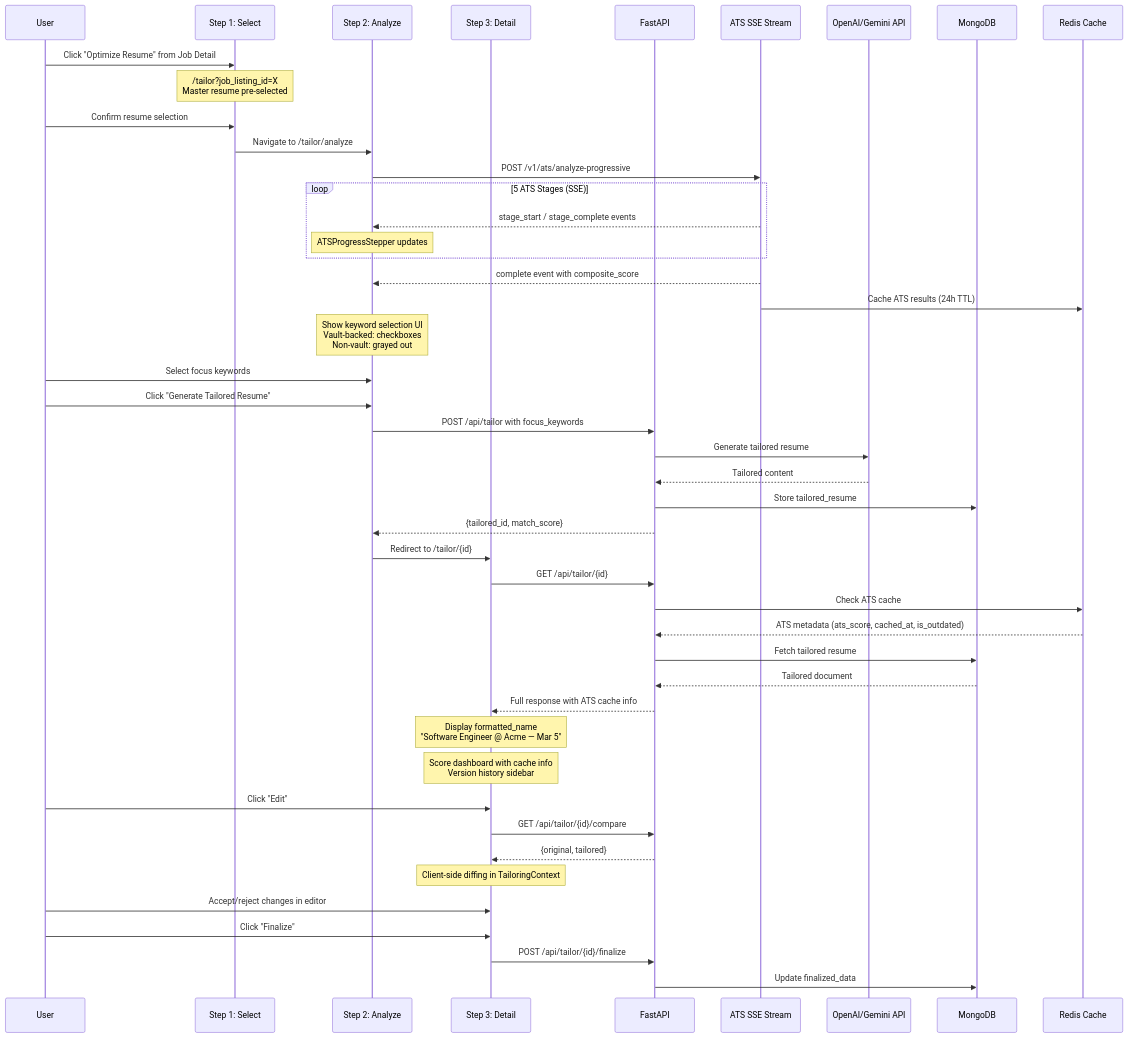
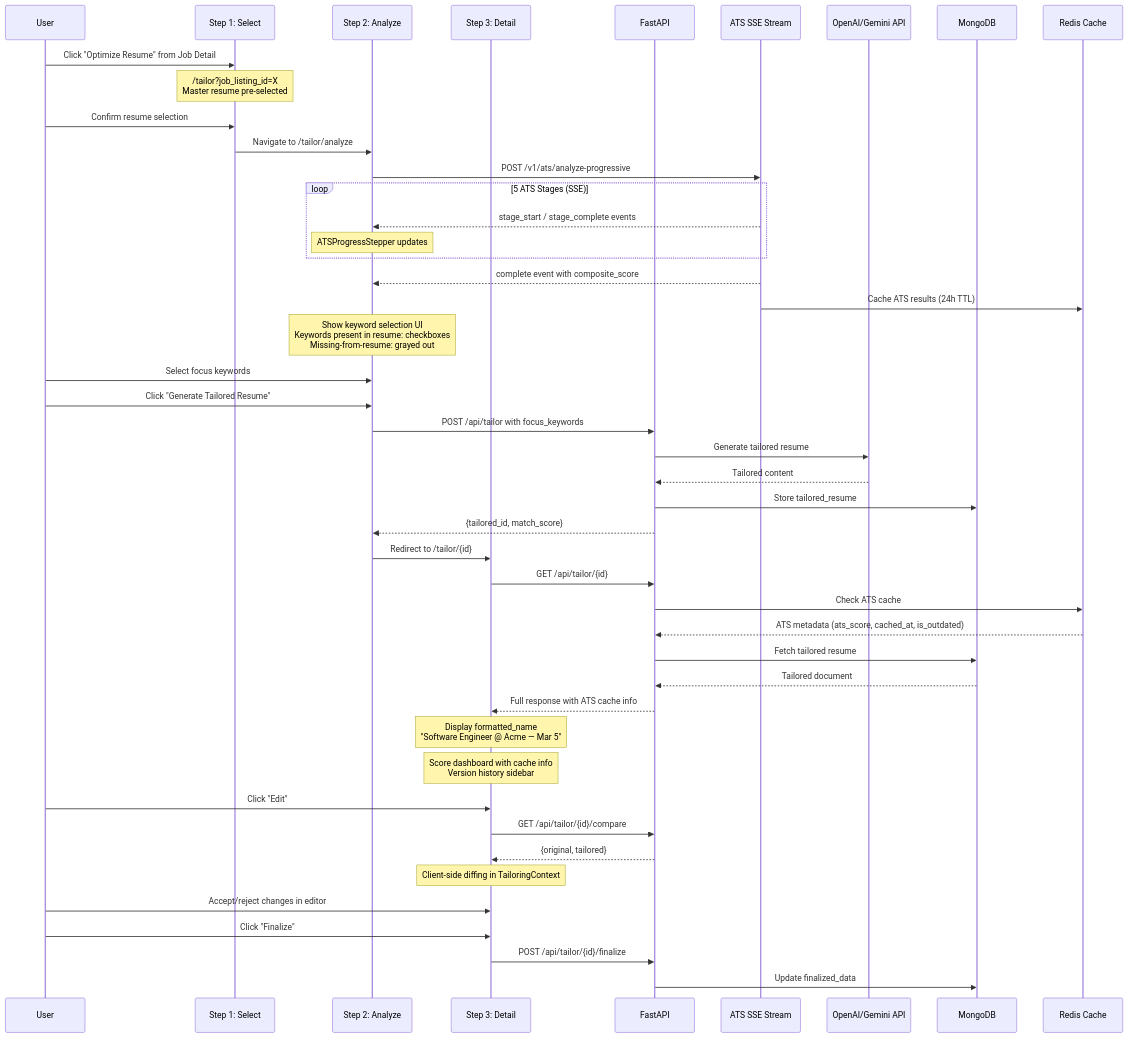
Before and after one commit to Sungchunn/AI-Resume-Tailor: diagram 22 of 33 in docs/architecture/system-architecture.md, drawn with Mermaid. The commit also changed other lines of this file, not shown here.

First line of the commit message:
docs: Refresh system-architecture to match current codebase

````diff
--- a/docs/architecture/system-architecture.md
+++ b/docs/architecture/system-architecture.md
@@ -1573,61 +1713,61 @@
 ```mermaid
 sequenceDiagram
     participant User
     participant Step1 as Step 1: Select
     participant Step2 as Step 2: Analyze
     participant Step3 as Step 3: Detail
     participant API as FastAPI
     participant ATS as ATS SSE Stream
     participant AI as OpenAI/Gemini API
     participant MG as MongoDB
     participant Redis as Redis Cache
 
     %% Step 1: Resume Selection
     User->>Step1: Click "Optimize Resume" from Job Detail
     Note over Step1: /tailor?job_listing_id=X<br/>Master resume pre-selected
     User->>Step1: Confirm resume selection
     Step1->>Step2: Navigate to /tailor/analyze
 
     %% Step 2: ATS Analysis + Keyword Selection
     Step2->>ATS: POST /v1/ats/analyze-progressive
 
     loop 5 ATS Stages (SSE)
         ATS-->>Step2: stage_start / stage_complete events
         Note over Step2: ATSProgressStepper updates
     end
     ATS-->>Step2: complete event with composite_score
     ATS->>Redis: Cache ATS results (24h TTL)
 
-    Note over Step2: Show keyword selection UI<br/>Vault-backed: checkboxes<br/>Non-vault: grayed out
+    Note over Step2: Show keyword selection UI<br/>Keywords present in resume: checkboxes<br/>Missing-from-resume: grayed out
     User->>Step2: Select focus keywords
     User->>Step2: Click "Generate Tailored Resume"
 
     %% AI Tailoring with focus_keywords
     Step2->>API: POST /api/tailor with focus_keywords
     API->>AI: Generate tailored resume
     AI-->>API: Tailored content
     API->>MG: Store tailored_resume
     API-->>Step2: {tailored_id, match_score}
     Step2->>Step3: Redirect to /tailor/{id}
 
     %% Step 3: Detail Page
     Step3->>API: GET /api/tailor/{id}
     API->>Redis: Check ATS cache
     Redis-->>API: ATS metadata (ats_score, cached_at, is_outdated)
     API->>MG: Fetch tailored resume
     MG-->>API: Tailored document
     API-->>Step3: Full response with ATS cache info
 
     Note over Step3: Display formatted_name<br/>"Software Engineer @ Acme — Mar 5"
     Note over Step3: Score dashboard with cache info<br/>Version history sidebar
 
     %% Optional: Edit flow
     User->>Step3: Click "Edit"
     Step3->>API: GET /api/tailor/{id}/compare
     API-->>Step3: {original, tailored}
     Note over Step3: Client-side diffing in TailoringContext
     User->>Step3: Accept/reject changes in editor
     User->>Step3: Click "Finalize"
     Step3->>API: POST /api/tailor/{id}/finalize
     API->>MG: Update finalized_data
 ```
````
